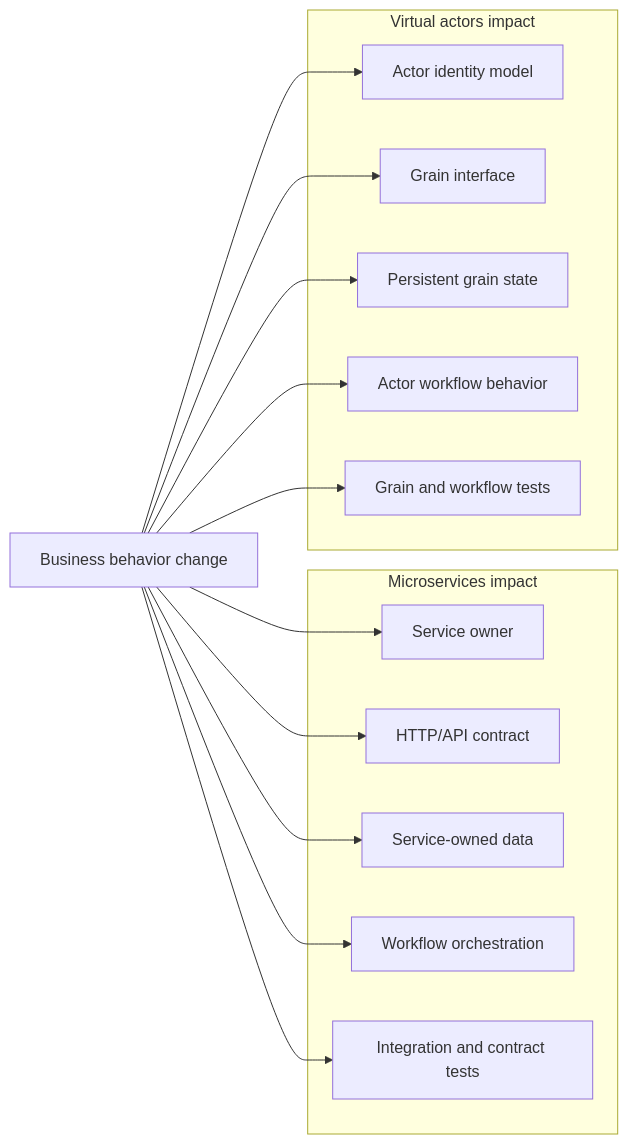
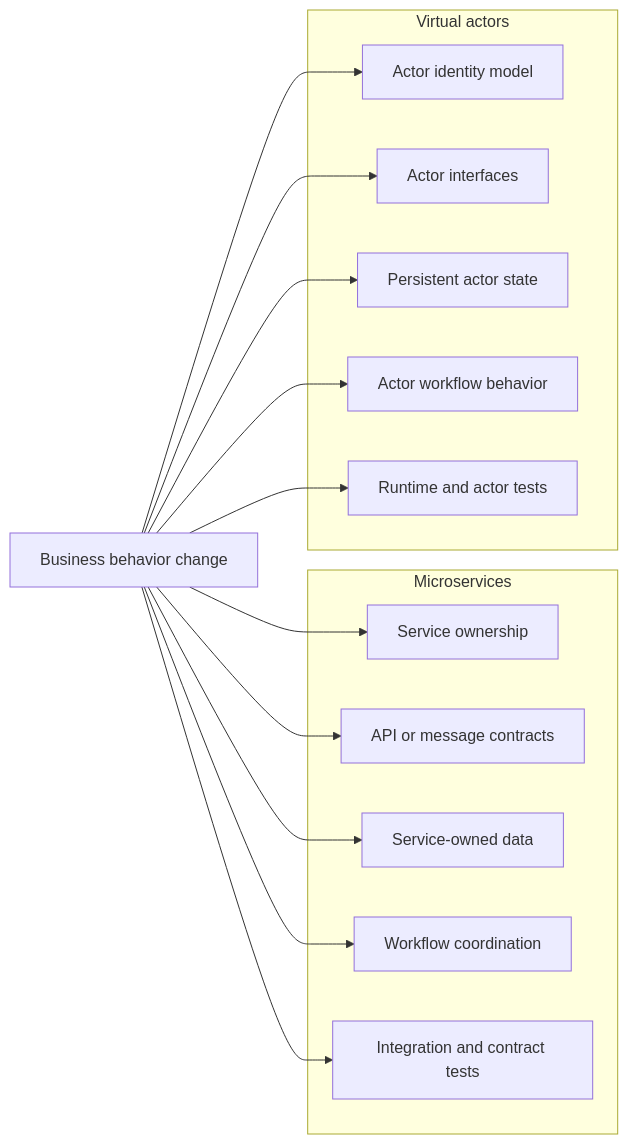
The diagram in docs/15-maintenance-and-evolution.md (petesramek/microservices-vs-virtual-actors), drawn with Mermaid before and after one commit. The commit also changed other lines of this file and 39 other files, not shown here.

````diff
--- a/docs/15-maintenance-and-evolution.md
+++ b/docs/15-maintenance-and-evolution.md
@@ -34,31 +18,32 @@
 ```mermaid
 flowchart LR
     Change[Business behavior change]
 
-    subgraph Microservices impact
-        ServiceOwner[Service owner]
-        ApiContract[HTTP/API contract]
+    subgraph Microservices
+        ServiceOwner[Service ownership]
+        Contract[API or message contracts]
         ServiceData[Service-owned data]
-        Orchestration[Workflow orchestration]
-        IntegrationTests[Integration and contract tests]
+        Coordination[Workflow coordination]
+        Integration[Integration and contract tests]
     end
 
-    subgraph Virtual actors impact
-        IdentityModel[Actor identity model]
-        GrainInterface[Grain interface]
-        GrainState[Persistent grain state]
-        ActorWorkflow[Actor workflow behavior]
-        GrainTests[Grain and workflow tests]
+    subgraph VirtualActors[Virtual actors]
+        Identity[Actor identity model]
+        Interface[Actor interfaces]
+        ActorState[Persistent actor state]
+        Workflow[Actor workflow behavior]
+        Runtime[Runtime and actor tests]
     end
 
     Change --> ServiceOwner
-    Change --> ApiContract
+    Change --> Contract
     Change --> ServiceData
-    Change --> Orchestration
-    Change --> IntegrationTests
-    Change --> IdentityModel
-    Change --> GrainInterface
-    Change --> GrainState
-    Change --> ActorWorkflow
-    Change --> GrainTests
+    Change --> Coordination
+    Change --> Integration
+
+    Change --> Identity
+    Change --> Interface
+    Change --> ActorState
+    Change --> Workflow
+    Change --> Runtime
 ```
````
